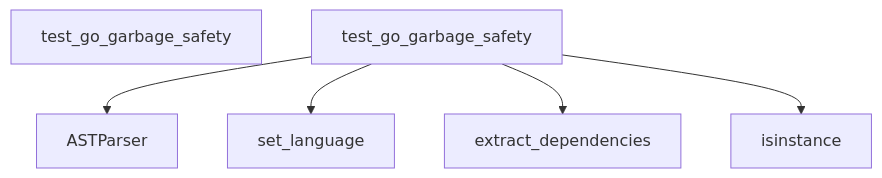
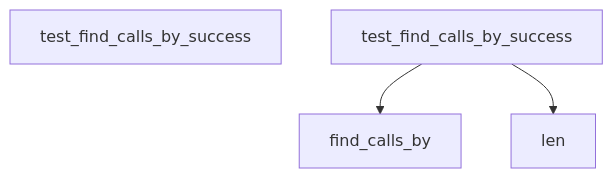
One commit to hazalkoom/DECODEx01 changed diagram 25 of 27 in docs/DATA_FLOW.md. Above: the diagram before and after it, drawn with Mermaid. The commit also changed other lines of this file and 8 other files, not shown here.

````diff
--- a/docs/DATA_FLOW.md
+++ b/docs/DATA_FLOW.md
@@ -963,21 +881,13 @@
 ```mermaid
 graph TD
-    Start[test_go_garbage_safety]
+    Start[test_find_calls_by_success]
 
 
-    test_go_garbage_safety --> ASTParser
+    test_find_calls_by_success --> find_calls_by
 
 
 
-    test_go_garbage_safety --> set_language
-
-
-
-    test_go_garbage_safety --> extract_dependencies
-
-
-
-    test_go_garbage_safety --> isinstance
+    test_find_calls_by_success --> len
 
 
 ```
````
